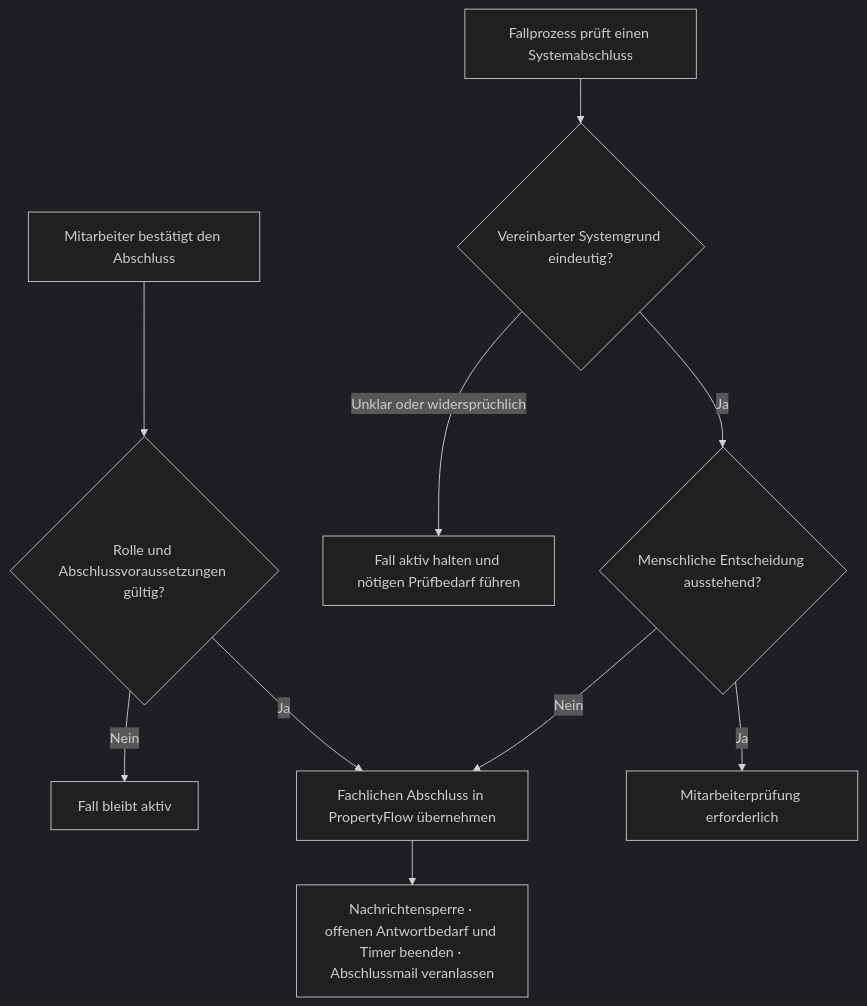
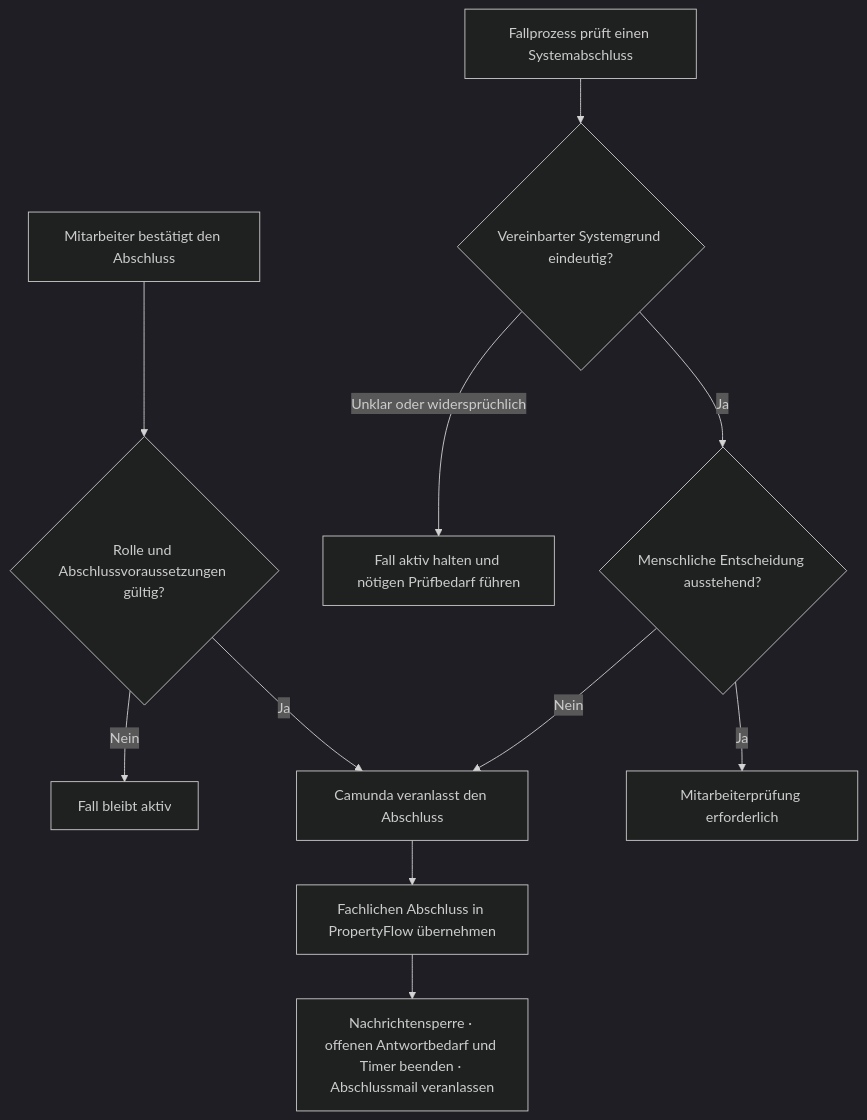
Before and after one commit to permarco/propertyflow: the second of 2 diagrams in docs/use_cases/UC-014-fall-abschliessen.md, drawn with Mermaid (dark theme). The commit also changed other lines of this file and 67 other files, not shown here.

````diff
--- a/docs/use_cases/UC-014-fall-abschliessen.md
+++ b/docs/use_cases/UC-014-fall-abschliessen.md
@@ -50,14 +51,15 @@
 ```mermaid
 flowchart TD
     MANUELL["Mitarbeiter bestätigt den Abschluss"] --> PRUEFEN{"Rolle und Abschlussvoraussetzungen gültig?"}
-    PRUEFEN -->|"Ja"| SPEICHERN["Fachlichen Abschluss in PropertyFlow übernehmen"]
+    PRUEFEN -->|"Ja"| ABSCHLUSS["Camunda veranlasst den Abschluss"]
     PRUEFEN -->|"Nein"| ABLEHNEN["Fall bleibt aktiv"]
 
     SYSTEM["Fallprozess prüft einen Systemabschluss"] --> GRUND{"Vereinbarter Systemgrund eindeutig?"}
     GRUND -->|"Ja"| FREIGABE{"Menschliche Entscheidung ausstehend?"}
     GRUND -->|"Unklar oder widersprüchlich"| ABKLAEREN["Fall aktiv halten und nötigen Prüfbedarf führen"]
     FREIGABE -->|"Ja"| MITARBEITER["Mitarbeiterprüfung erforderlich"]
-    FREIGABE -->|"Nein"| SPEICHERN
+    FREIGABE -->|"Nein"| ABSCHLUSS
 
+    ABSCHLUSS --> SPEICHERN["Fachlichen Abschluss in PropertyFlow übernehmen"]
     SPEICHERN --> ABGESCHLOSSEN["Nachrichtensperre · offenen Antwortbedarf und Timer beenden · Abschlussmail veranlassen"]
 ```
````
